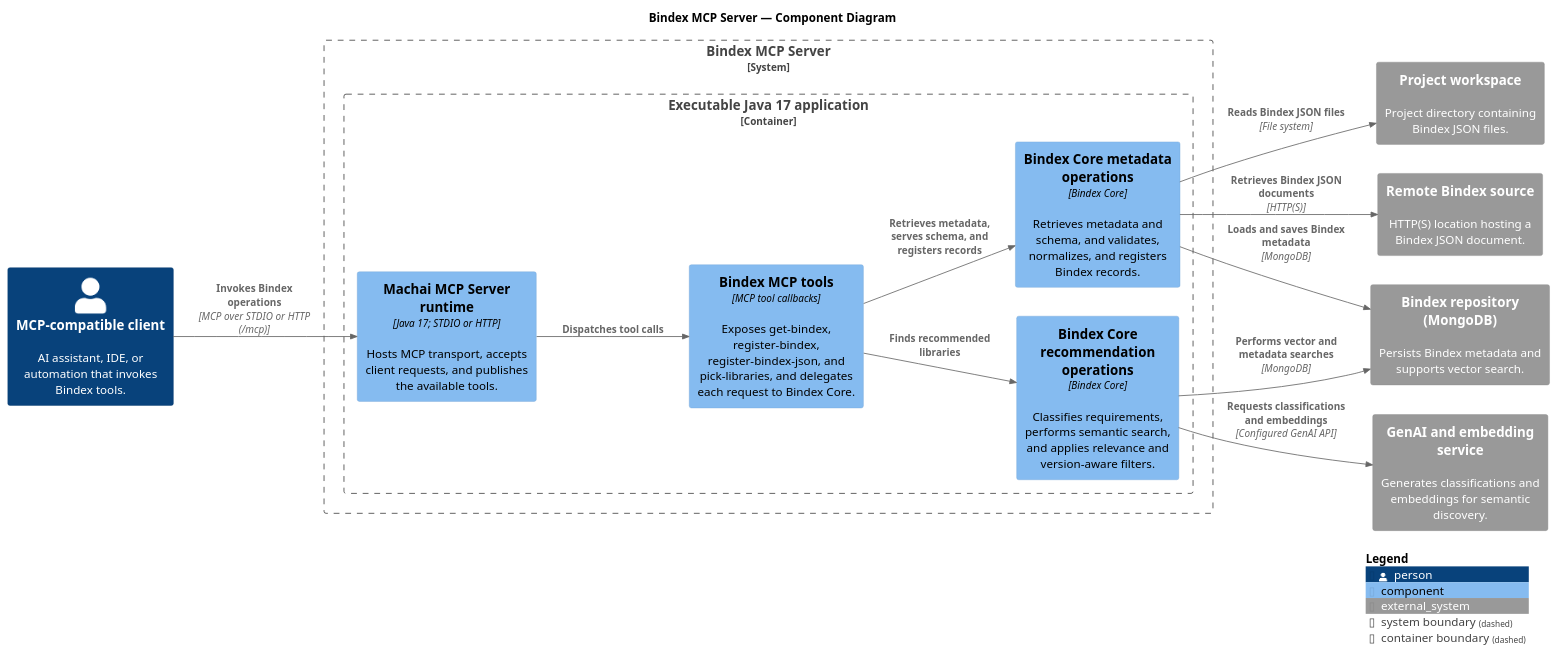
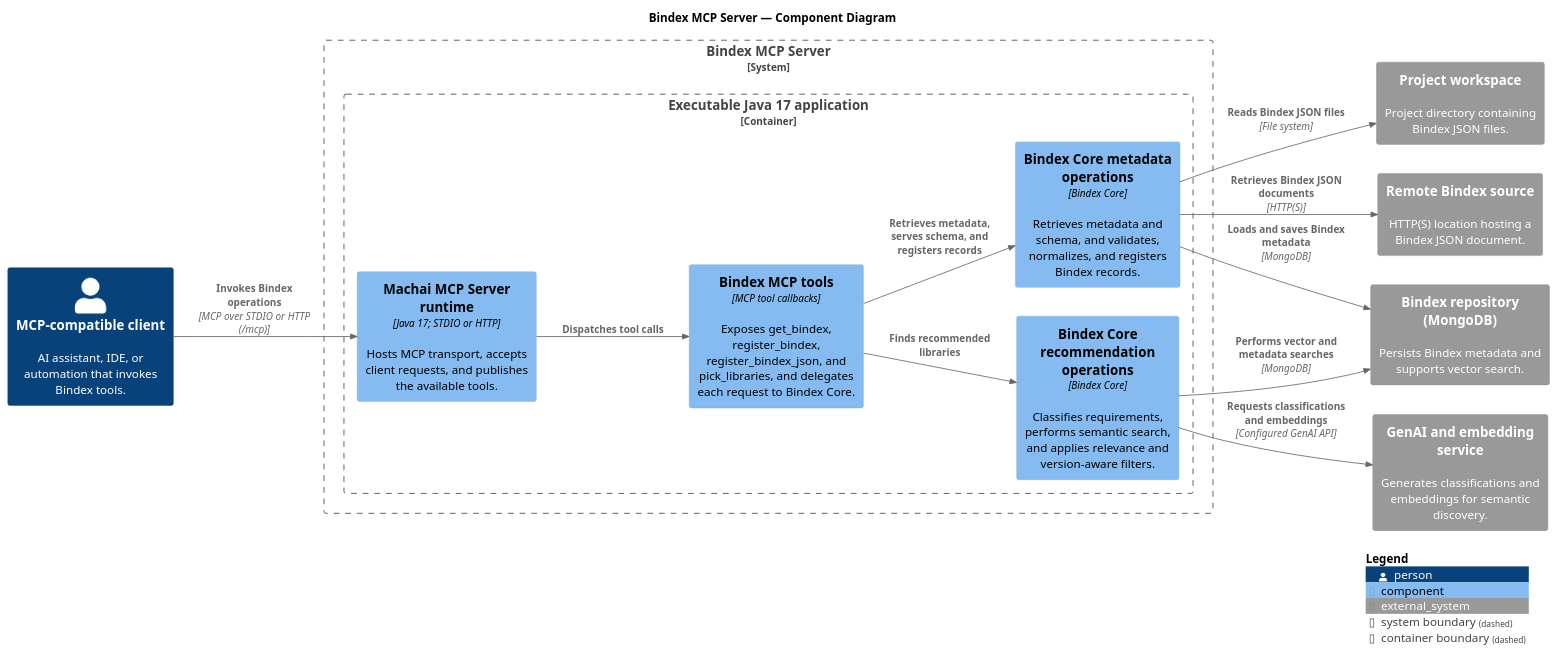
Before and after one commit to machanism-org/bindex-mcp-server: the diagram in src/site/puml/c4-diagram.puml, drawn with PlantUML. The commit also changed 2 other files, not shown here.

Commit message:
Update MCP tool documentation

```diff
--- a/src/site/puml/c4-diagram.puml
+++ b/src/site/puml/c4-diagram.puml
@@ -10,34 +10,34 @@
 @startuml BindexMcpServerComponentDiagram
 !include https://raw.githubusercontent.com/plantuml-stdlib/C4-PlantUML/master/C4_Component.puml
 
 title Bindex MCP Server — Component Diagram
 
 LAYOUT_LEFT_RIGHT()
 
 Person(mcpClient, "MCP-compatible client", "AI assistant, IDE, or automation that invokes Bindex tools.")
 System_Ext(projectWorkspace, "Project workspace", "Project directory containing Bindex JSON files.")
 System_Ext(remoteBindexSource, "Remote Bindex source", "HTTP(S) location hosting a Bindex JSON document.")
 System_Ext(mongoDb, "Bindex repository (MongoDB)", "Persists Bindex metadata and supports vector search.")
 System_Ext(genAiService, "GenAI and embedding service", "Generates classifications and embeddings for semantic discovery.")
 
 System_Boundary(bindexServer, "Bindex MCP Server") {
     Container_Boundary(serverApplication, "Executable Java 17 application") {
         Component(mcpRuntime, "Machai MCP Server runtime", "Java 17; STDIO or HTTP", "Hosts MCP transport, accepts client requests, and publishes the available tools.")
-        Component(toolAdapter, "Bindex MCP tools", "MCP tool callbacks", "Exposes get-bindex, register-bindex, register-bindex-json, and pick-libraries, and delegates each request to Bindex Core.")
+        Component(toolAdapter, "Bindex MCP tools", "MCP tool callbacks", "Exposes get_bindex, register_bindex, register_bindex_json, and pick_libraries, and delegates each request to Bindex Core.")
         Component(metadataOperations, "Bindex Core metadata operations", "Bindex Core", "Retrieves metadata and schema, and validates, normalizes, and registers Bindex records.")
         Component(recommendationOperations, "Bindex Core recommendation operations", "Bindex Core", "Classifies requirements, performs semantic search, and applies relevance and version-aware filters.")
     }
 }
 
 Rel(mcpClient, mcpRuntime, "Invokes Bindex operations", "MCP over STDIO or HTTP (/mcp)")
 Rel(mcpRuntime, toolAdapter, "Dispatches tool calls")
 Rel(toolAdapter, metadataOperations, "Retrieves metadata, serves schema, and registers records")
 Rel(toolAdapter, recommendationOperations, "Finds recommended libraries")
 Rel(metadataOperations, projectWorkspace, "Reads Bindex JSON files", "File system")
 Rel(metadataOperations, remoteBindexSource, "Retrieves Bindex JSON documents", "HTTP(S)")
 Rel(metadataOperations, mongoDb, "Loads and saves Bindex metadata", "MongoDB")
 Rel(recommendationOperations, mongoDb, "Performs vector and metadata searches", "MongoDB")
 Rel(recommendationOperations, genAiService, "Requests classifications and embeddings", "Configured GenAI API")
 
 SHOW_LEGEND()
 @enduml
```
